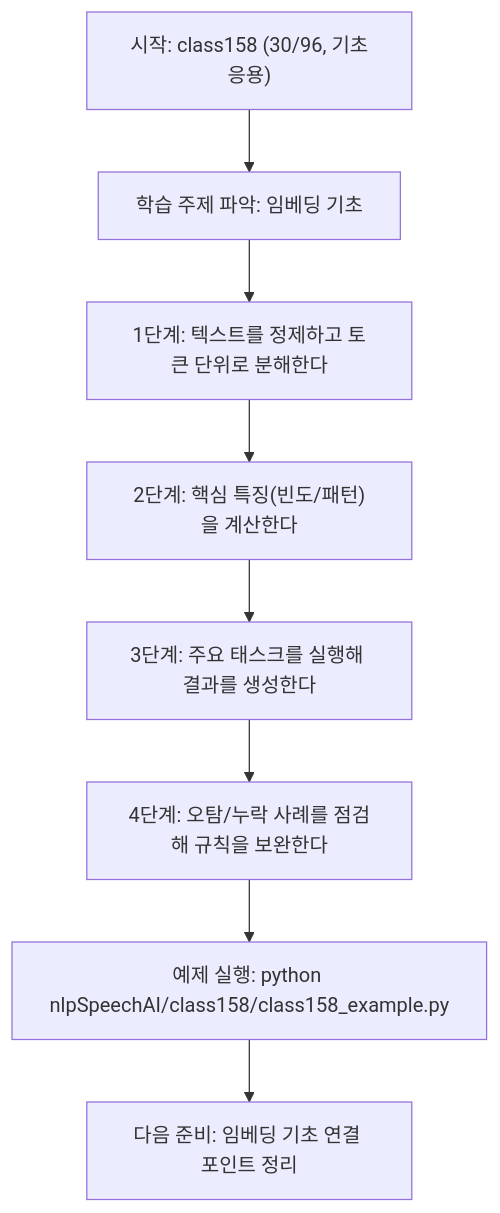
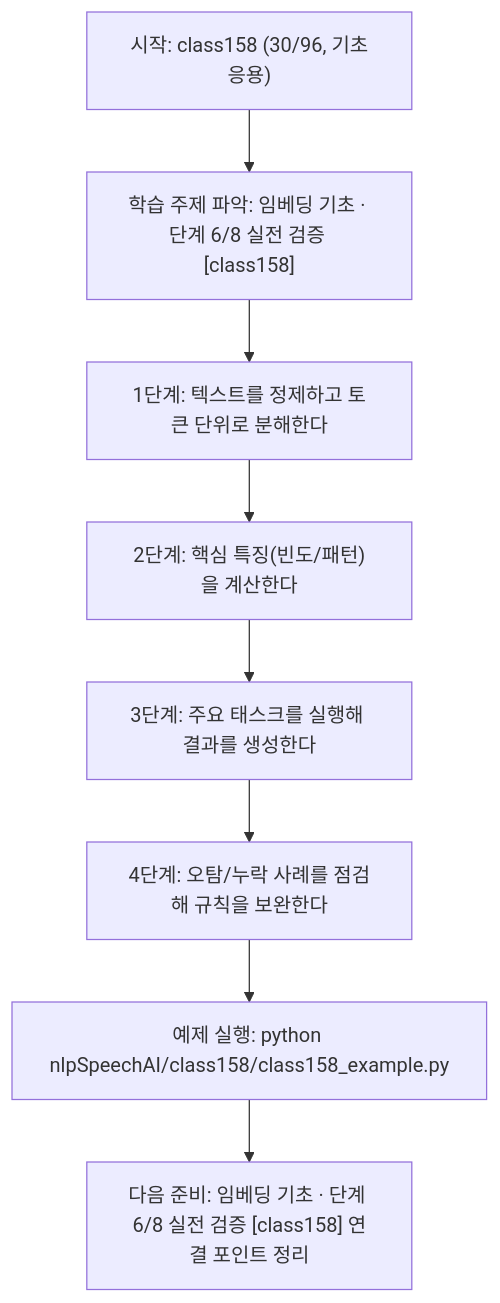
The diagram in nlpSpeechAI/class158/class158.md (edumgt/Python-AI_Agent-Class), drawn with Mermaid before and after one commit. The commit also changed other lines of this file and 522 other files, not shown here.

````diff
--- a/nlpSpeechAI/class158/class158.md
+++ b/nlpSpeechAI/class158/class158.md
@@ -112,18 +113,18 @@
 ```mermaid
 flowchart TD
 N1["시작: class158 (30/96, 기초응용)"]
-N2["학습 주제 파악: 임베딩 기초"]
+N2["학습 주제 파악: 임베딩 기초 · 단계 6/8 실전 검증 [class158]"]
 N3["1단계: 텍스트를 정제하고 토큰 단위로 분해한다"]
 N4["2단계: 핵심 특징(빈도/패턴)을 계산한다"]
 N5["3단계: 주요 태스크를 실행해 결과를 생성한다"]
 N6["4단계: 오탐/누락 사례를 점검해 규칙을 보완한다"]
 N7["예제 실행: python nlpSpeechAI/class158/class158_example.py"]
-N8["다음 준비: 임베딩 기초 연결 포인트 정리"]
+N8["다음 준비: 임베딩 기초 · 단계 6/8 실전 검증 [class158] 연결 포인트 정리"]
 N1 --> N2
 N2 --> N3
 N3 --> N4
 N4 --> N5
 N5 --> N6
 N6 --> N7
 N7 --> N8
 ```
````
